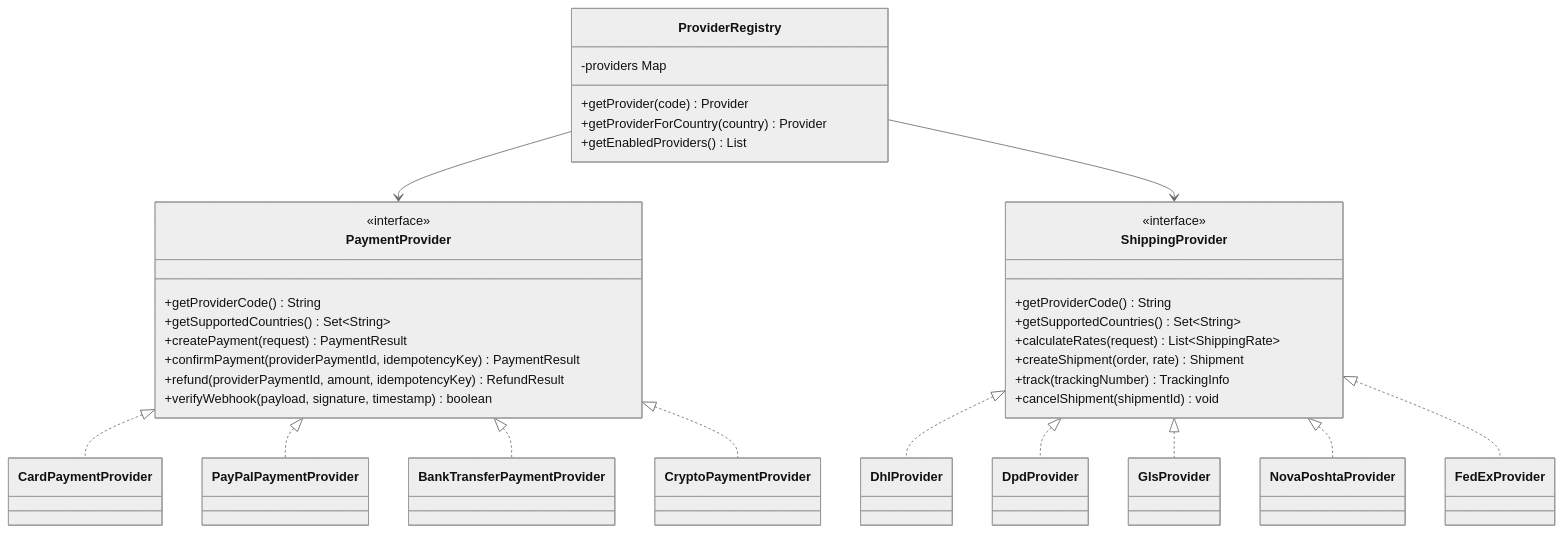
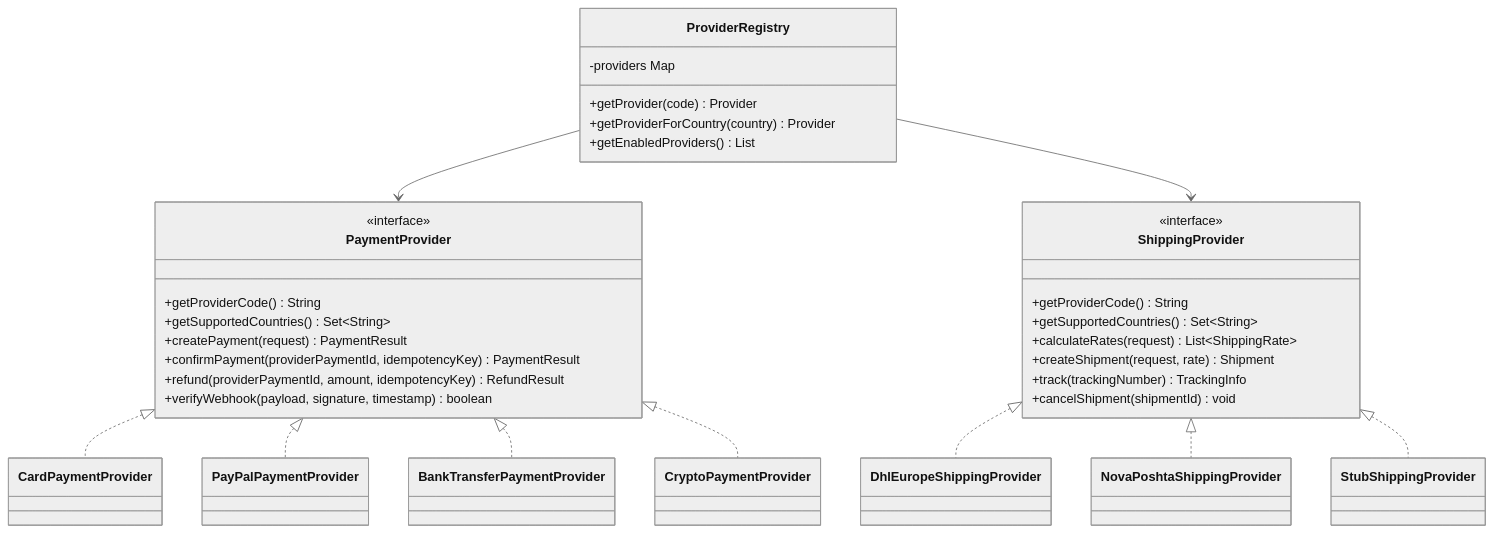
One commit to Shubchynskyi/OnlineStore changed the third of 5 diagrams in docs/architecture/overview.md. Above: the diagram before and after it, drawn with Mermaid (neutral theme). The commit also changed other lines of this file and 24 other files, not shown here.

Commit message:
Align shipping provider contract with configurable DHL and Nova Poshta flows

````diff
--- a/docs/architecture/overview.md
+++ b/docs/architecture/overview.md
@@ -161,43 +161,41 @@
 ```mermaid
 classDiagram
     class PaymentProvider {
         <<interface>>
         +getProviderCode() String
         +getSupportedCountries() Set~String~
         +createPayment(request) PaymentResult
         +confirmPayment(providerPaymentId, idempotencyKey) PaymentResult
         +refund(providerPaymentId, amount, idempotencyKey) RefundResult
         +verifyWebhook(payload, signature, timestamp) boolean
     }
 
     class ShippingProvider {
         <<interface>>
         +getProviderCode() String
         +getSupportedCountries() Set~String~
         +calculateRates(request) List~ShippingRate~
-        +createShipment(order, rate) Shipment
+        +createShipment(request, rate) Shipment
         +track(trackingNumber) TrackingInfo
         +cancelShipment(shipmentId) void
     }
 
     PaymentProvider <|.. CardPaymentProvider
     PaymentProvider <|.. PayPalPaymentProvider
     PaymentProvider <|.. BankTransferPaymentProvider
     PaymentProvider <|.. CryptoPaymentProvider
 
-    ShippingProvider <|.. DhlProvider
-    ShippingProvider <|.. DpdProvider
-    ShippingProvider <|.. GlsProvider
-    ShippingProvider <|.. NovaPoshtaProvider
-    ShippingProvider <|.. FedExProvider
+    ShippingProvider <|.. DhlEuropeShippingProvider
+    ShippingProvider <|.. NovaPoshtaShippingProvider
+    ShippingProvider <|.. StubShippingProvider
 
     class ProviderRegistry {
         -providers Map
         +getProvider(code) Provider
         +getProviderForCountry(country) Provider
         +getEnabledProviders() List
     }
 
     ProviderRegistry --> PaymentProvider
     ProviderRegistry --> ShippingProvider
 ```
````
